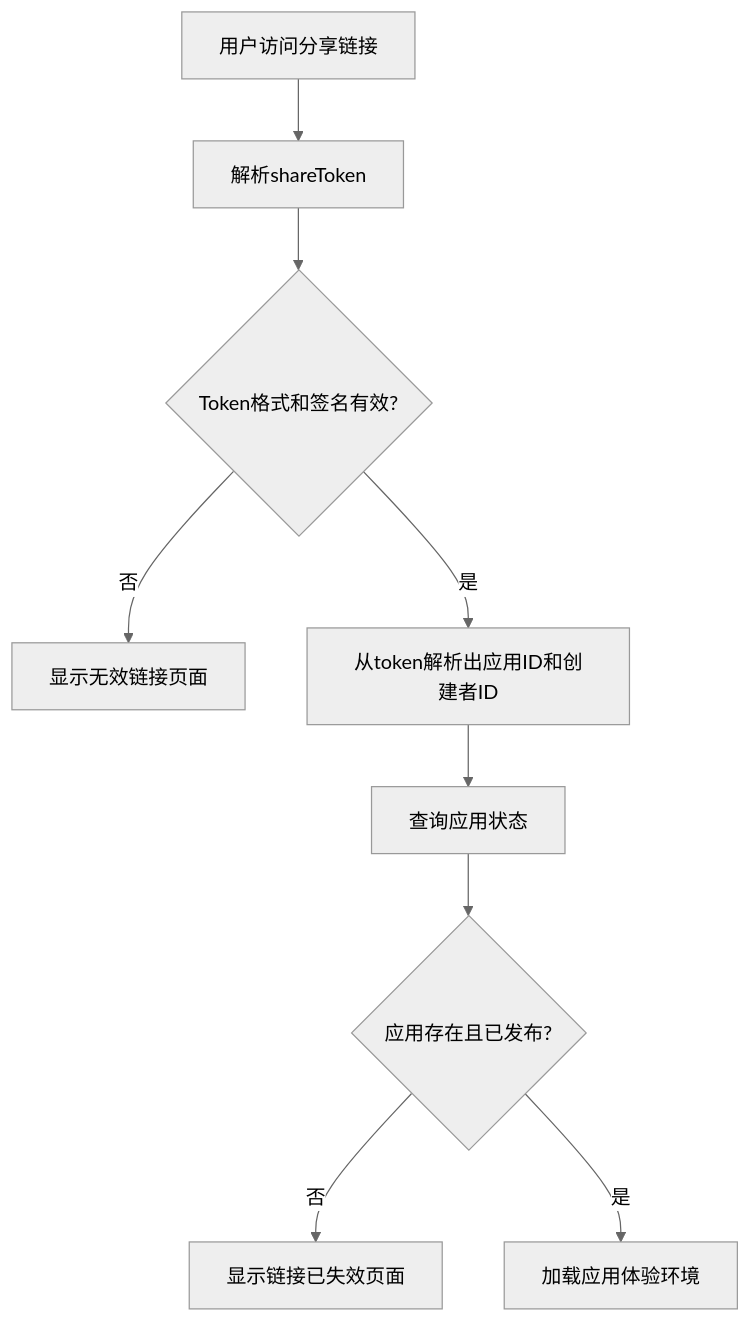
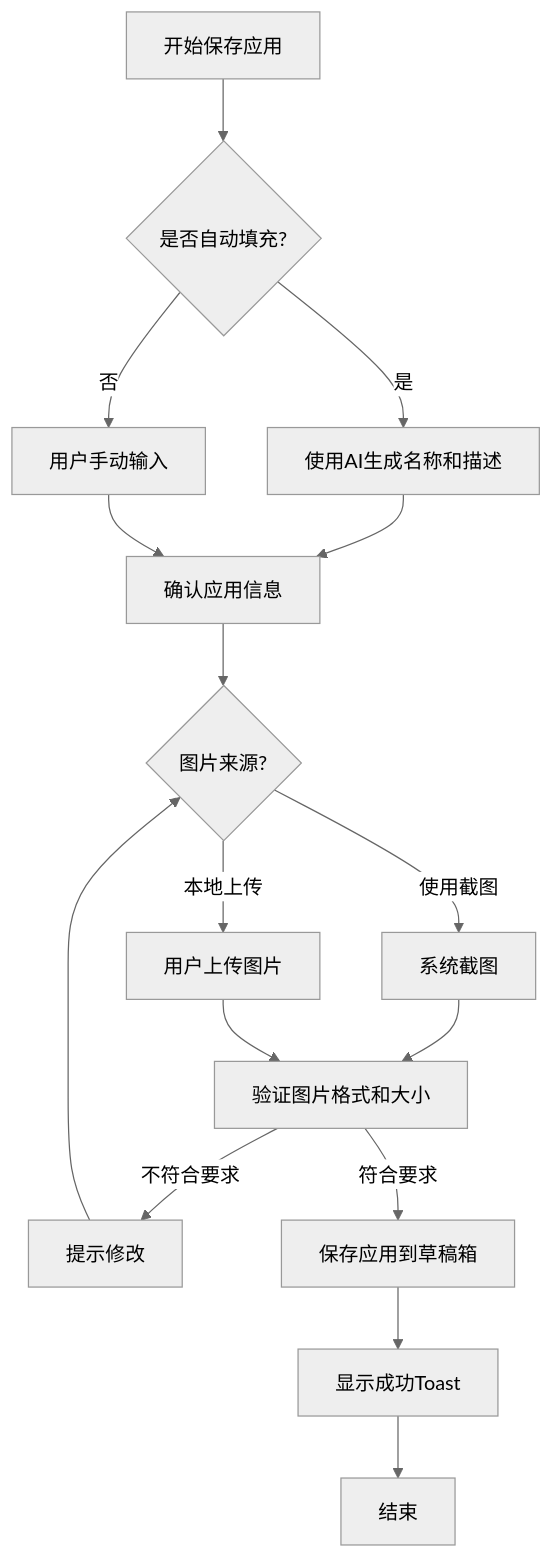
One commit to yingjianzh/iodraw-files changed the diagram in all/未命名-65.md. Above: the diagram before and after it, drawn with Mermaid (neutral theme).

Commit message:
2025-05-22 11:07:52 update

````diff
--- a/all/未命名-65.md
+++ b/all/未命名-65.md
@@ -1,12 +1,18 @@
 ```mermaid
 flowchart TD
-   
-    G[用户访问分享链接] --> H[解析shareToken]
-    H --> I{Token格式和签名有效?}
-    I -->|否| J[显示无效链接页面]
-    I -->|是| K[从token解析出应用ID和创建者ID]
-    K --> L[查询应用状态]
-    L --> M{应用存在且已发布?}
-    M -->|否| N[显示链接已失效页面]
-    M -->|是| O[加载应用体验环境]
+    A[开始保存应用] --> B{是否自动填充?}
+    B -->|是| C[使用AI生成名称和描述]
+    B -->|否| D[用户手动输入]
+    C --> E[确认应用信息]
+    D --> E
+    E --> F{图片来源?}
+    F -->|使用截图| G[系统截图]
+    F -->|本地上传| H[用户上传图片]
+    G --> I[验证图片格式和大小]
+    H --> I
+    I -->|不符合要求| J[提示修改]
+    J --> F
+    I -->|符合要求| K[保存应用到草稿箱]
+    K --> L[显示成功Toast]
+    L --> M[结束]
 ```
````
